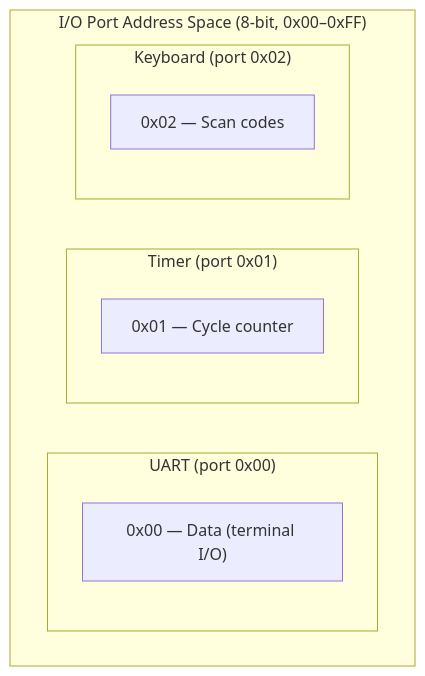
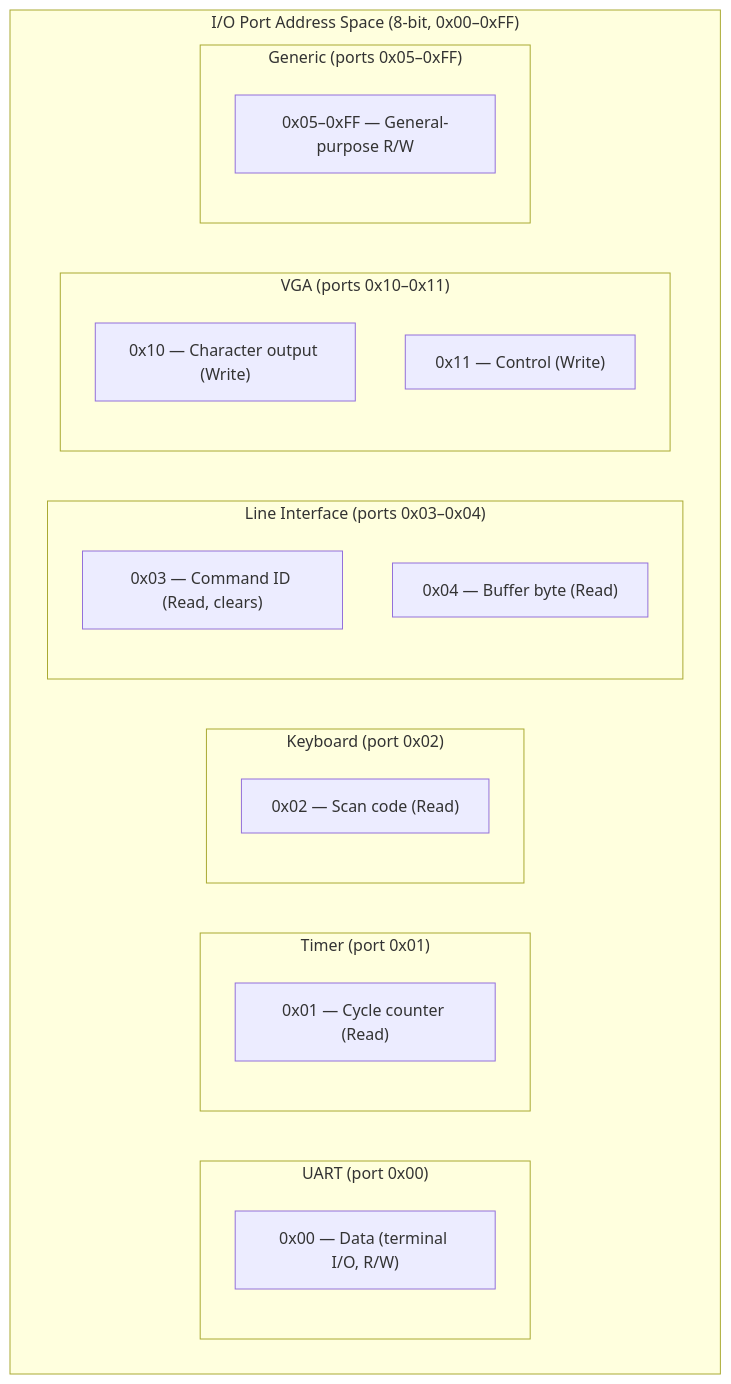
The fourth of 6 diagrams in docs/en/architecture/memory-map.md (MinecAnton209/NovumOS-16bit), drawn with Mermaid before and after one commit. The commit also changed other lines of this file and 20 other files, not shown here.

````diff
--- a/docs/en/architecture/memory-map.md
+++ b/docs/en/architecture/memory-map.md
@@ -258,14 +123,25 @@
 ```mermaid
 graph TB
     subgraph IOPortMap["I/O Port Address Space (8-bit, 0x00–0xFF)"]
         subgraph UART["UART (port 0x00)"]
-            UART_D["0x00 — Data (terminal I/O)"]
+            UART_D["0x00 — Data (terminal I/O, R/W)"]
         end
         subgraph TIMER["Timer (port 0x01)"]
-            TIMER_D["0x01 — Cycle counter"]
+            TIMER_D["0x01 — Cycle counter (Read)"]
         end
         subgraph KBD["Keyboard (port 0x02)"]
-            KBD_D["0x02 — Scan codes"]
+            KBD_D["0x02 — Scan code (Read)"]
+        end
+        subgraph LINE["Line Interface (ports 0x03–0x04)"]
+            LINE_CMD["0x03 — Command ID (Read, clears)"]
+            LINE_BUF["0x04 — Buffer byte (Read)"]
+        end
+        subgraph VGA["VGA (ports 0x10–0x11)"]
+            VGA_CHAR["0x10 — Character output (Write)"]
+            VGA_CTRL["0x11 — Control (Write)"]
+        end
+        subgraph GENERIC["Generic (ports 0x05–0xFF)"]
+            GEN["0x05–0xFF — General-purpose R/W"]
         end
     end
 ```
````
